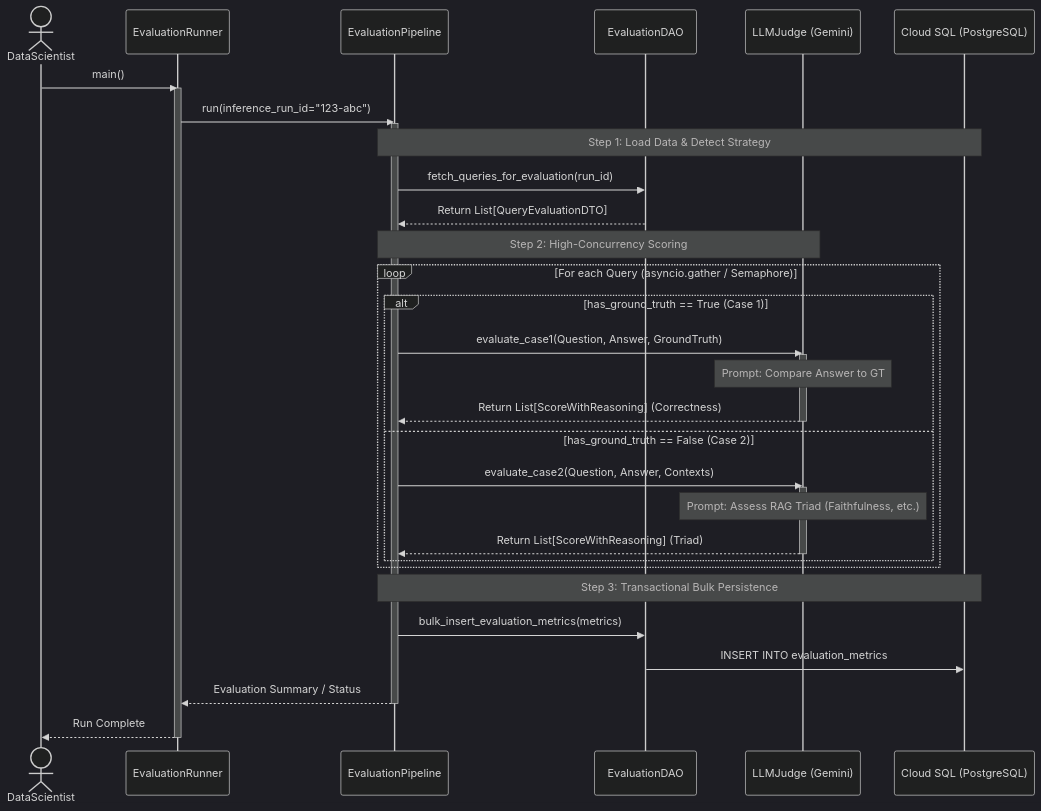
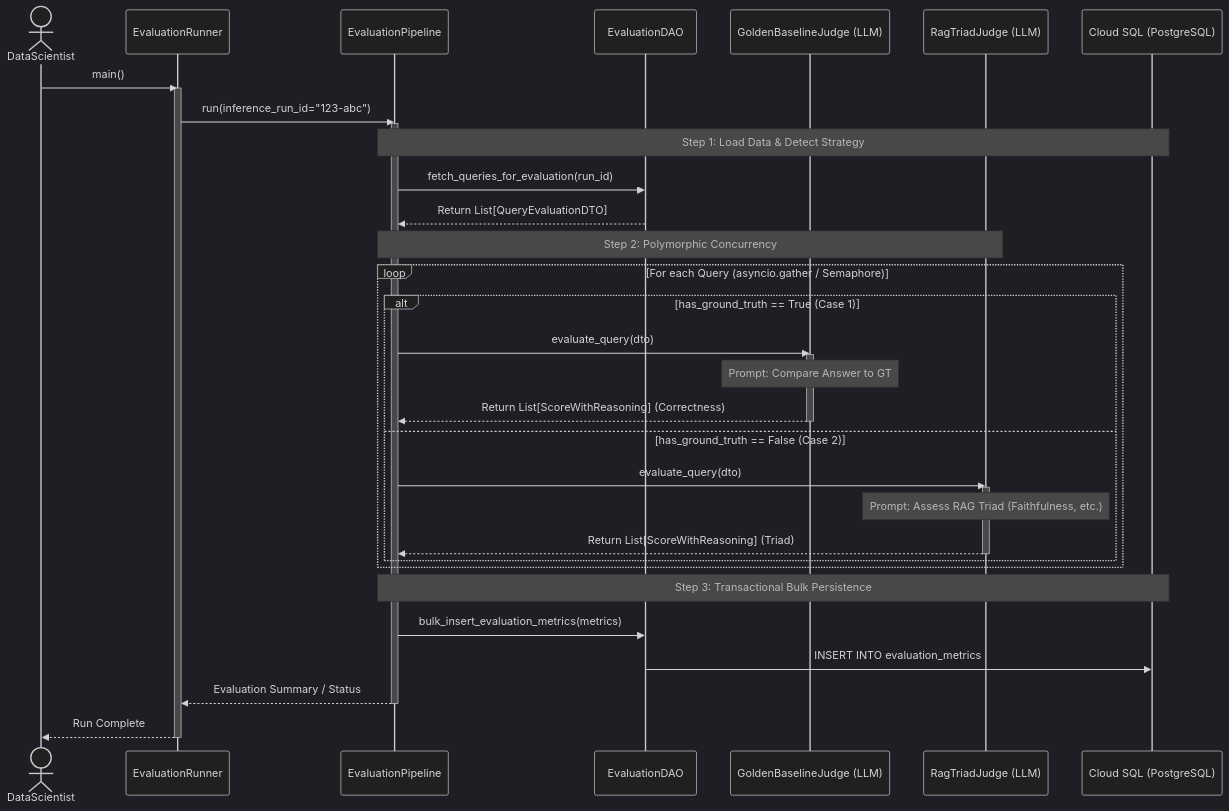
The second of 2 diagrams in docs/phase5_evaluation_runner_architecture.md (nvd11/automated-rag-evaluator), drawn with Mermaid (dark theme) before and after one commit. The commit also changed other lines of this file, not shown here.

Commit message:
docs: integrate object-oriented polymorphism rules and renamed judge components into evaluation sequence diagrams and architectural notes

````diff
--- a/docs/phase5_evaluation_runner_architecture.md
+++ b/docs/phase5_evaluation_runner_architecture.md
@@ -67,48 +67,49 @@
 ```mermaid
 sequenceDiagram
     actor DataScientist
     participant Runner as EvaluationRunner
     participant Pipeline as EvaluationPipeline
     participant DAO as EvaluationDAO
-    participant Judge as LLMJudge (Gemini)
+    participant JudgeG as GoldenBaselineJudge (LLM)
+    participant JudgeT as RagTriadJudge (LLM)
     participant DB as Cloud SQL (PostgreSQL)
 
     DataScientist->>Runner: main()
     activate Runner
     
     Runner->>Pipeline: run(inference_run_id="123-abc")
     activate Pipeline
     
     Note over Pipeline, DB: Step 1: Load Data & Detect Strategy
     Pipeline->>DAO: fetch_queries_for_evaluation(run_id)
     
     %% The DAO automatically LEFT JOINs with golden_record_query_mapping
     DAO-->>Pipeline: Return List[QueryEvaluationDTO]
     
-    Note over Pipeline, Judge: Step 2: High-Concurrency Scoring
+    Note over Pipeline, JudgeT: Step 2: Polymorphic Concurrency
     loop For each Query (asyncio.gather / Semaphore)
         alt has_ground_truth == True (Case 1)
-            Pipeline->>Judge: evaluate_case1(Question, Answer, GroundTruth)
-            activate Judge
-            Note over Judge: Prompt: Compare Answer to GT
-            Judge-->>Pipeline: Return List[ScoreWithReasoning] (Correctness)
-            deactivate Judge
+            Pipeline->>JudgeG: evaluate_query(dto)
+            activate JudgeG
+            Note over JudgeG: Prompt: Compare Answer to GT
+            JudgeG-->>Pipeline: Return List[ScoreWithReasoning] (Correctness)
+            deactivate JudgeG
             
         else has_ground_truth == False (Case 2)
-            Pipeline->>Judge: evaluate_case2(Question, Answer, Contexts)
-            activate Judge
-            Note over Judge: Prompt: Assess RAG Triad (Faithfulness, etc.)
-            Judge-->>Pipeline: Return List[ScoreWithReasoning] (Triad)
-            deactivate Judge
+            Pipeline->>JudgeT: evaluate_query(dto)
+            activate JudgeT
+            Note over JudgeT: Prompt: Assess RAG Triad (Faithfulness, etc.)
+            JudgeT-->>Pipeline: Return List[ScoreWithReasoning] (Triad)
+            deactivate JudgeT
         end
     end
     
     Note over Pipeline, DB: Step 3: Transactional Bulk Persistence
     Pipeline->>DAO: bulk_insert_evaluation_metrics(metrics)
     DAO->>DB: INSERT INTO evaluation_metrics
     
     Pipeline-->>Runner: Evaluation Summary / Status
     deactivate Pipeline
     Runner-->>DataScientist: Run Complete
     deactivate Runner
 ```
````
